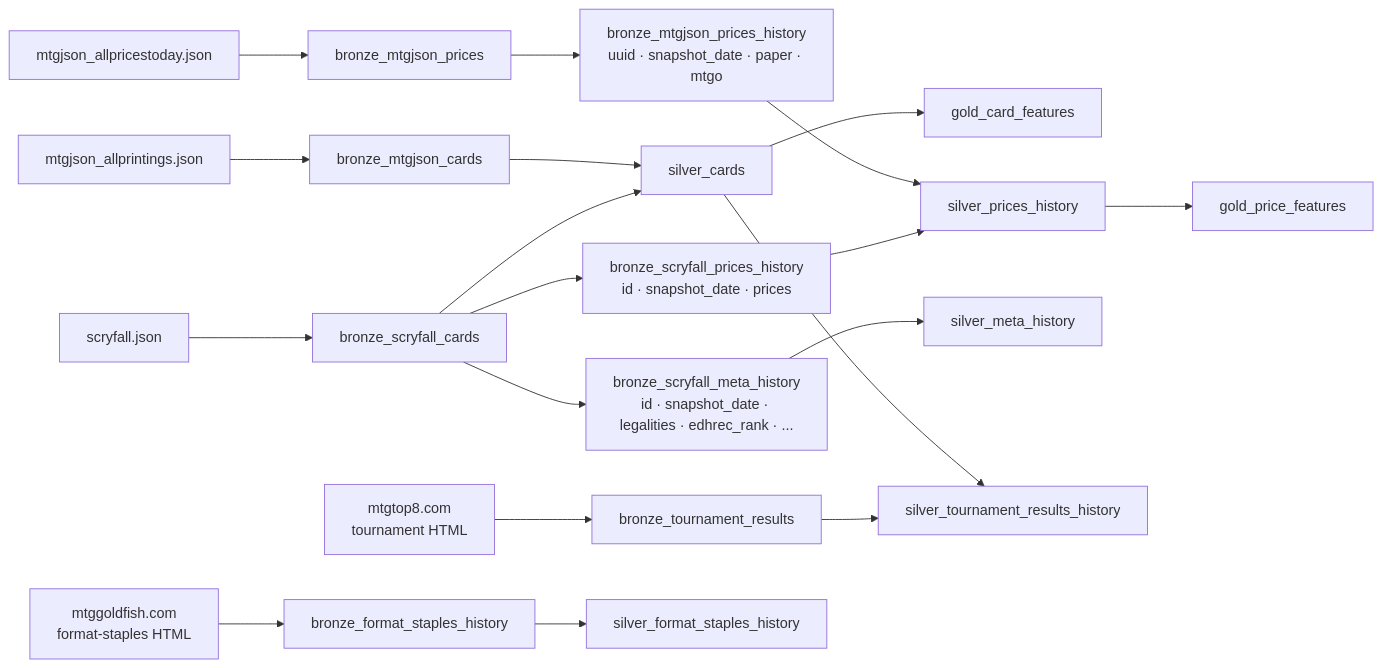
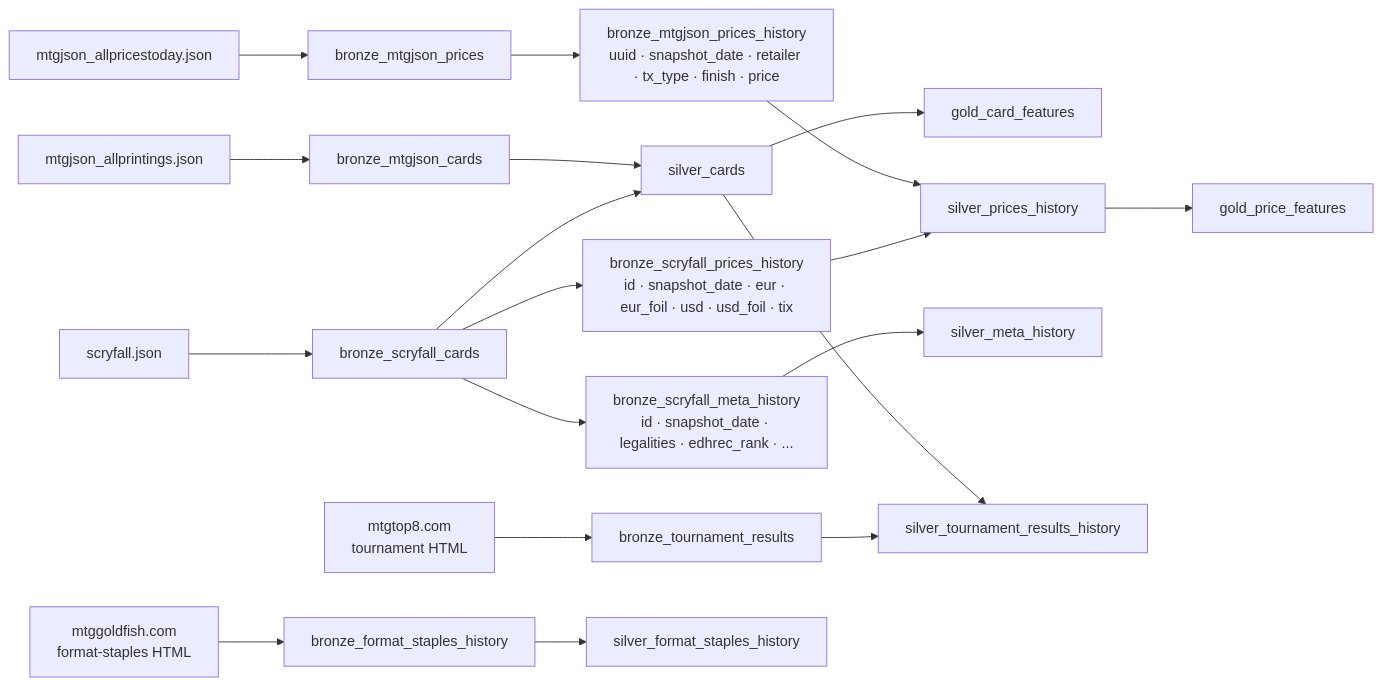
The second of 2 diagrams in docs/adr/ADR-003-medallion-architecture.md (jedrzejpolaczek/aviarium.columbarius), drawn with Mermaid before and after one commit. The commit also changed other lines of this file and 213 other files, not shown here.

````diff
--- a/docs/adr/ADR-003-medallion-architecture.md
+++ b/docs/adr/ADR-003-medallion-architecture.md
@@ -126,30 +126,30 @@
 ```mermaid
 flowchart LR
     SF["scryfall.json"]
     MJC["mtgjson_allprintings.json"]
     MJP["mtgjson_allpricestoday.json"]
     FMT["mtggoldfish.com\nformat-staples HTML"]
     T8["mtgtop8.com\ntournament HTML"]
 
     SF  --> B_SF["bronze_scryfall_cards"]
     MJC --> B_MJ["bronze_mtgjson_cards"]
     MJP --> B_MJP["bronze_mtgjson_prices"]
     FMT --> B_FSH["bronze_format_staples_history"]
     T8  --> B_TR["bronze_tournament_results"]
 
-    B_SF --> PH1["bronze_scryfall_prices_history\nid · snapshot_date · prices"]
+    B_SF --> PH1["bronze_scryfall_prices_history\nid · snapshot_date · eur · eur_foil · usd · usd_foil · tix"]
     B_SF --> PH2["bronze_scryfall_meta_history\nid · snapshot_date · legalities · edhrec_rank · ..."]
-    B_MJP --> PH3["bronze_mtgjson_prices_history\nuuid · snapshot_date · paper · mtgo"]
+    B_MJP --> PH3["bronze_mtgjson_prices_history\nuuid · snapshot_date · retailer · tx_type · finish · price"]
 
     B_SF  --> S["silver_cards"]
     B_MJ  --> S
 
     S    --> G1["gold_card_features"]
     PH1  --> SPH["silver_prices_history"]
     PH3  --> SPH
     SPH  --> G2["gold_price_features"]
     PH2  --> SMH["silver_meta_history"]
     B_FSH --> SFS["silver_format_staples_history"]
     B_TR  --> STR["silver_tournament_results_history"]
     S     --> STR
 ```
````
